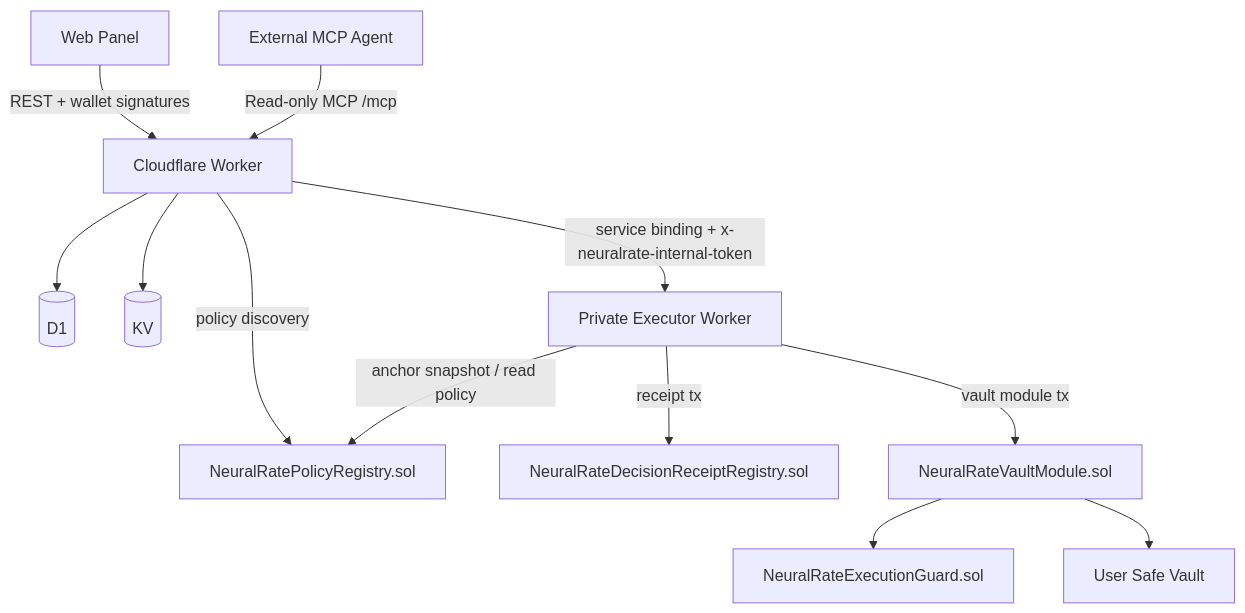
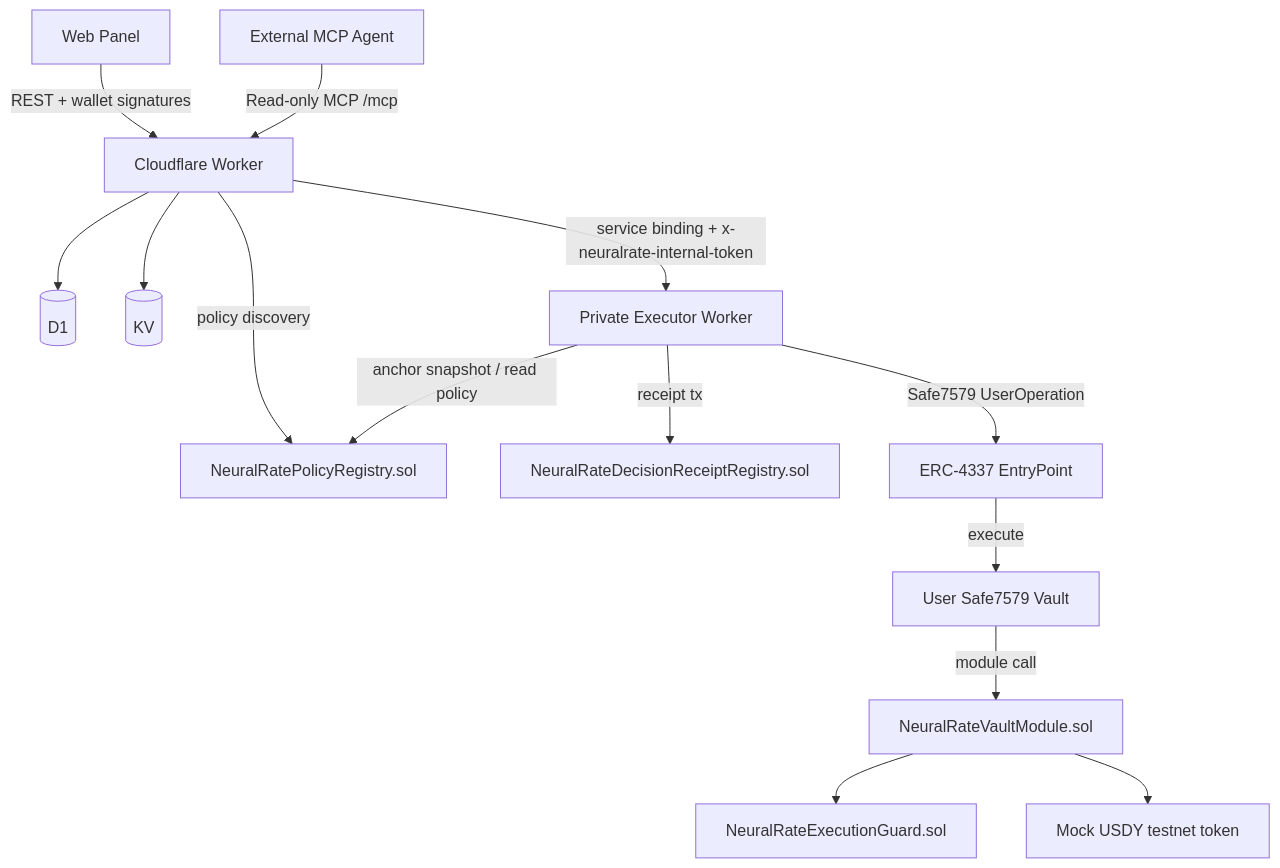
One commit to Lipe-lx/NeuralRate-MCP changed the diagram in apps/web/public/docs/architecture.md. Above: the diagram before and after it, drawn with Mermaid. The commit also changed other lines of this file and 18 other files, not shown here.

````diff
--- a/apps/web/public/docs/architecture.md
+++ b/apps/web/public/docs/architecture.md
@@ -20,14 +20,16 @@
 ```mermaid
 graph TD
     Web[Web Panel] -->|REST + wallet signatures| Worker[Cloudflare Worker]
     Agent[External MCP Agent] -->|Read-only MCP /mcp| Worker
     Worker --> D1[(D1)]
     Worker --> KV[(KV)]
     Worker -->|service binding + x-neuralrate-internal-token| Executor[Private Executor Worker]
     Worker -->|policy discovery| PolicyRegistry[NeuralRatePolicyRegistry.sol]
     Executor -->|anchor snapshot / read policy| PolicyRegistry
     Executor -->|receipt tx| ReceiptRegistry[NeuralRateDecisionReceiptRegistry.sol]
-    Executor -->|vault module tx| Module[NeuralRateVaultModule.sol]
+    Executor -->|Safe7579 UserOperation| EntryPoint[ERC-4337 EntryPoint]
+    EntryPoint -->|execute| Safe[User Safe7579 Vault]
+    Safe -->|module call| Module[NeuralRateVaultModule.sol]
     Module --> Guard[NeuralRateExecutionGuard.sol]
-    Module --> Safe[User Safe Vault]
+    Module --> MockUSDY[Mock USDY testnet token]
 ```
````
